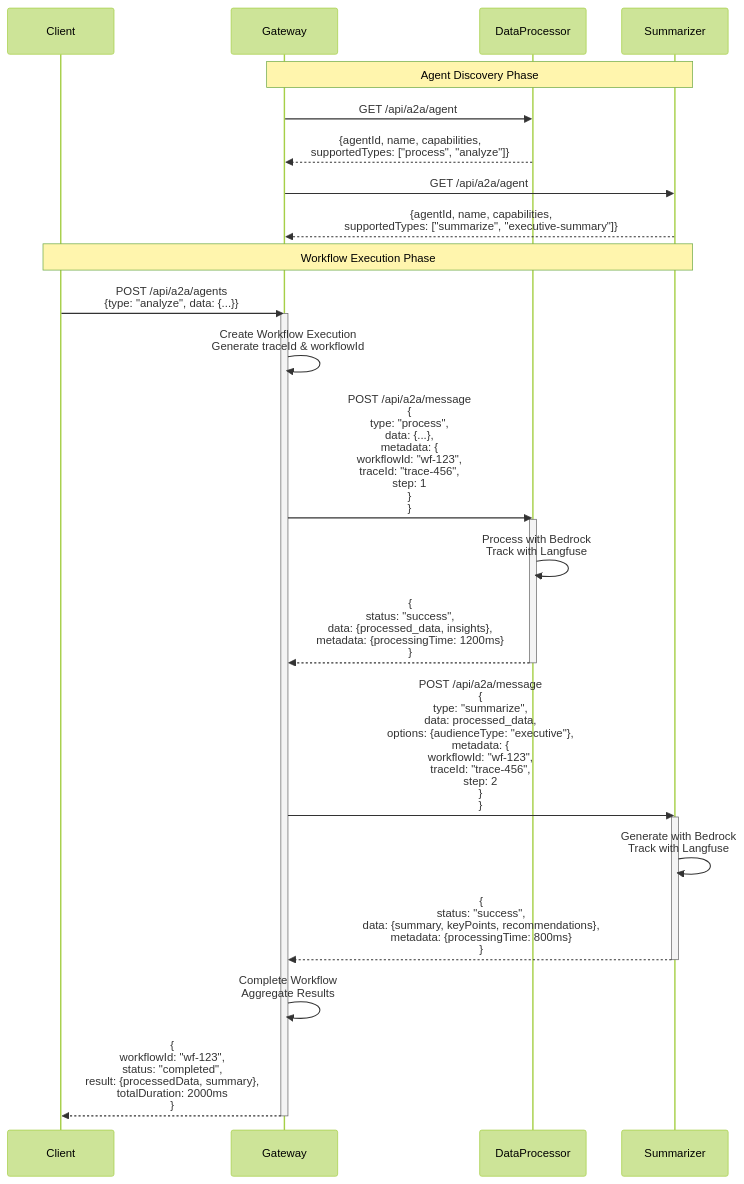
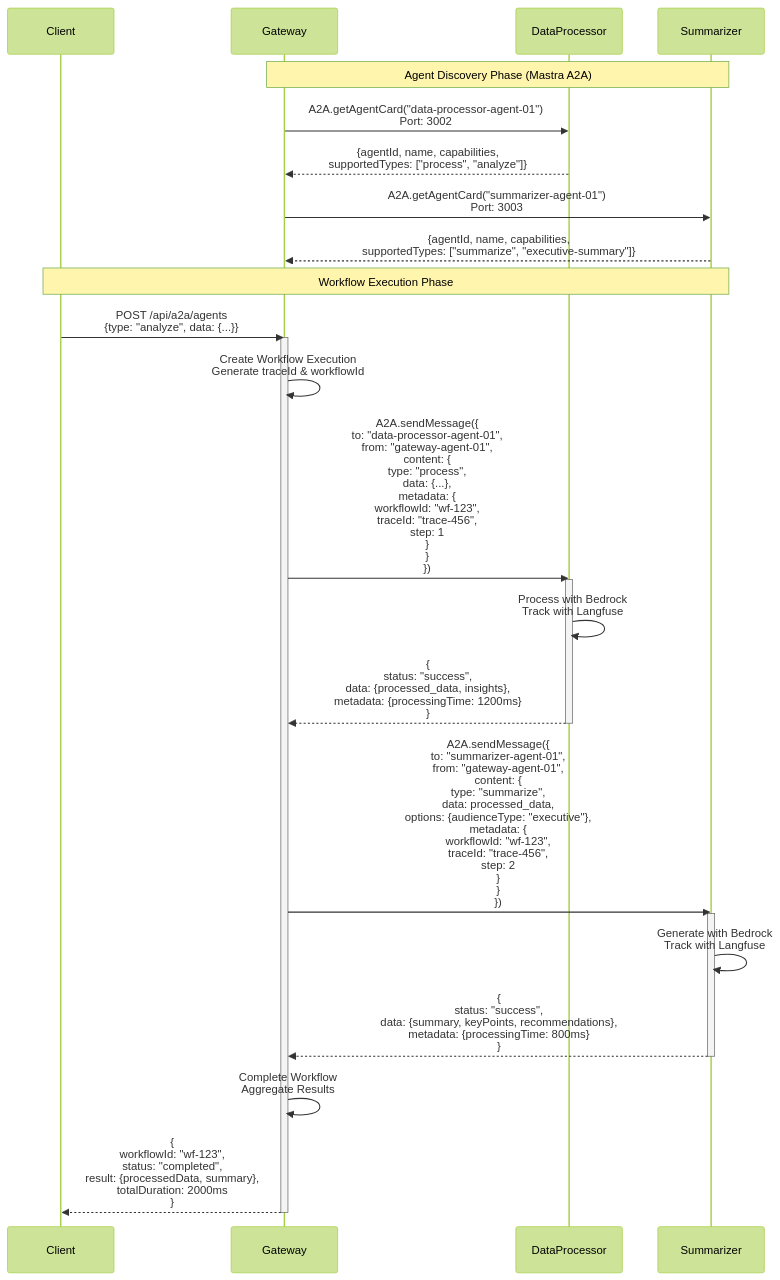
Before and after one commit to tubone24/a2a_mastra: the third of 7 diagrams in README.md, drawn with Mermaid (forest theme). The commit also changed other lines of this file, not shown here.

````diff
--- a/README.md
+++ b/README.md
@@ -313,40 +319,40 @@
 ```mermaid
 sequenceDiagram
     participant Client
     participant Gateway
     participant DataProcessor
     participant Summarizer
     
-    Note over Gateway,Summarizer: Agent Discovery Phase
+    Note over Gateway,Summarizer: Agent Discovery Phase (Mastra A2A)
     
-    Gateway->>DataProcessor: GET /api/a2a/agent
+    Gateway->>DataProcessor: A2A.getAgentCard("data-processor-agent-01")<br/>Port: 3002
     DataProcessor-->>Gateway: {agentId, name, capabilities,<br/>supportedTypes: ["process", "analyze"]}
     
-    Gateway->>Summarizer: GET /api/a2a/agent
+    Gateway->>Summarizer: A2A.getAgentCard("summarizer-agent-01")<br/>Port: 3003
     Summarizer-->>Gateway: {agentId, name, capabilities,<br/>supportedTypes: ["summarize", "executive-summary"]}
     
     Note over Client,Summarizer: Workflow Execution Phase
     
     Client->>Gateway: POST /api/a2a/agents<br/>{type: "analyze", data: {...}}
     activate Gateway
     
     Gateway->>Gateway: Create Workflow Execution<br/>Generate traceId & workflowId
     
-    Gateway->>DataProcessor: POST /api/a2a/message<br/>{<br/>  type: "process",<br/>  data: {...},<br/>  metadata: {<br/>    workflowId: "wf-123",<br/>    traceId: "trace-456",<br/>    step: 1<br/>  }<br/>}
+    Gateway->>DataProcessor: A2A.sendMessage({<br/>  to: "data-processor-agent-01",<br/>  from: "gateway-agent-01",<br/>  content: {<br/>    type: "process",<br/>    data: {...},<br/>    metadata: {<br/>      workflowId: "wf-123",<br/>      traceId: "trace-456",<br/>      step: 1<br/>    }<br/>  }<br/>})
     activate DataProcessor
     
     DataProcessor->>DataProcessor: Process with Bedrock<br/>Track with Langfuse
     DataProcessor-->>Gateway: {<br/>  status: "success",<br/>  data: {processed_data, insights},<br/>  metadata: {processingTime: 1200ms}<br/>}
     deactivate DataProcessor
     
-    Gateway->>Summarizer: POST /api/a2a/message<br/>{<br/>  type: "summarize",<br/>  data: processed_data,<br/>  options: {audienceType: "executive"},<br/>  metadata: {<br/>    workflowId: "wf-123",<br/>    traceId: "trace-456",<br/>    step: 2<br/>  }<br/>}
+    Gateway->>Summarizer: A2A.sendMessage({<br/>  to: "summarizer-agent-01",<br/>  from: "gateway-agent-01",<br/>  content: {<br/>    type: "summarize",<br/>    data: processed_data,<br/>    options: {audienceType: "executive"},<br/>    metadata: {<br/>      workflowId: "wf-123",<br/>      traceId: "trace-456",<br/>      step: 2<br/>    }<br/>  }<br/>})
     activate Summarizer
     
     Summarizer->>Summarizer: Generate with Bedrock<br/>Track with Langfuse
     Summarizer-->>Gateway: {<br/>  status: "success",<br/>  data: {summary, keyPoints, recommendations},<br/>  metadata: {processingTime: 800ms}<br/>}
     deactivate Summarizer
     
     Gateway->>Gateway: Complete Workflow<br/>Aggregate Results
     Gateway-->>Client: {<br/>  workflowId: "wf-123",<br/>  status: "completed",<br/>  result: {processedData, summary},<br/>  totalDuration: 2000ms<br/>}
     deactivate Gateway
 ```
````
